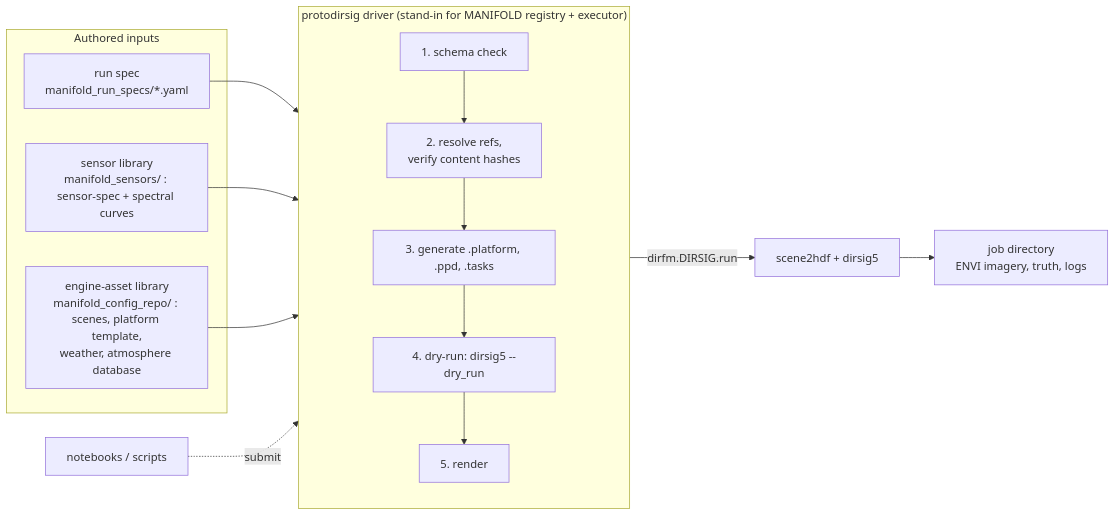
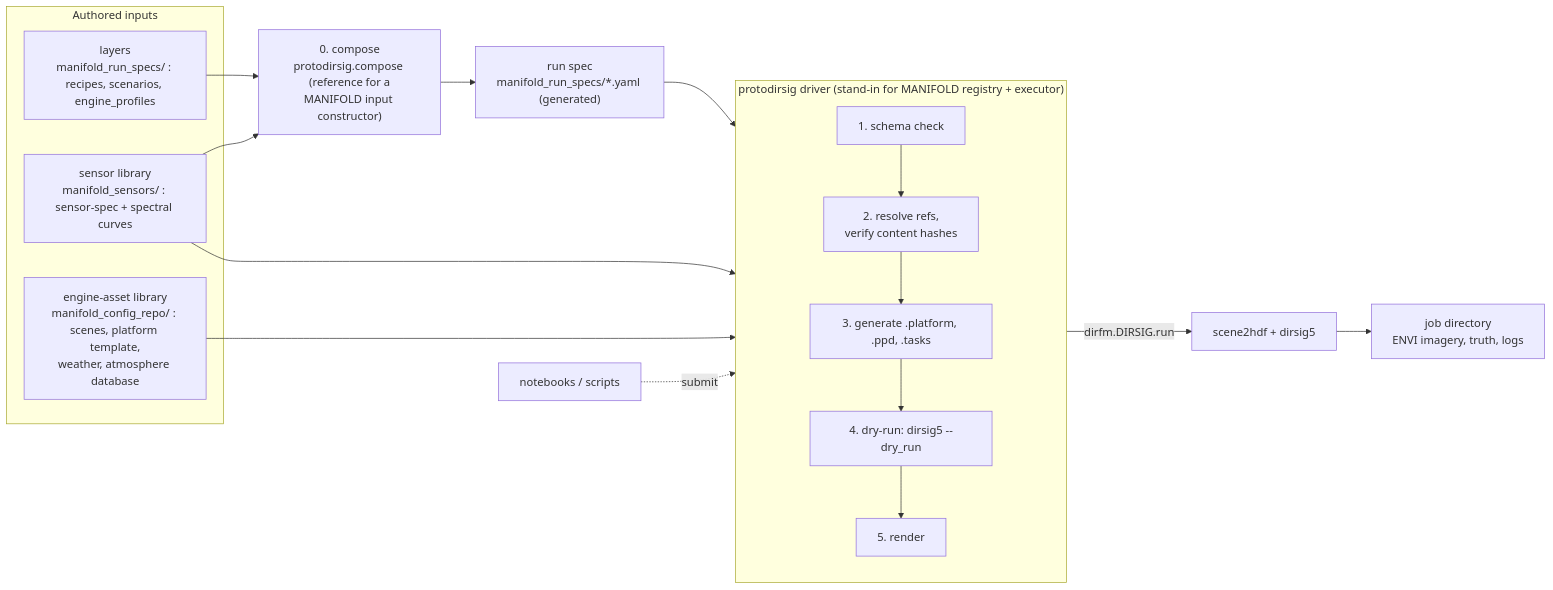
The first of 2 diagrams in docs/MANIFOLD_DIRSIG_CONOPS_and_Guide.md (KevinKearney/protoDIRSIG), drawn with Mermaid before and after one commit. The commit also changed other lines of this file and 7 other files, not shown here.

````diff
--- a/docs/MANIFOLD_DIRSIG_CONOPS_and_Guide.md
+++ b/docs/MANIFOLD_DIRSIG_CONOPS_and_Guide.md
@@ -20,21 +21,26 @@
 ```mermaid
 flowchart LR
   subgraph AUTH["Authored inputs"]
-    RS["run spec<br/>manifold_run_specs/*.yaml"]
+    LY["layers<br/>manifold_run_specs/ : recipes, scenarios, engine_profiles"]
     SL["sensor library<br/>manifold_sensors/ : sensor-spec + spectral curves"]
     CR["engine-asset library<br/>manifold_config_repo/ : scenes, platform template,<br/>weather, atmosphere database"]
   end
+  CP["0. compose<br/>protodirsig.compose (reference for a<br/>MANIFOLD input constructor)"]
+  RS["run spec<br/>manifold_run_specs/*.yaml (generated)"]
+  LY --> CP
+  SL --> CP
+  CP --> RS
   subgraph DRV["protodirsig driver (stand-in for MANIFOLD registry + executor)"]
     direction TB
     A["1. schema check"] --> B["2. resolve refs,<br/>verify content hashes"]
     B --> C["3. generate .platform, .ppd, .tasks"]
     C --> D["4. dry-run: dirsig5 --dry_run"]
     D --> E["5. render"]
   end
   RS --> A
   SL --> B
   CR --> B
   E -->|"dirfm.DIRSIG.run"| DS["scene2hdf + dirsig5"]
   DS --> OUT["job directory<br/>ENVI imagery, truth, logs"]
   NB["notebooks / scripts"] -.->|"submit"| A
 ```
````
